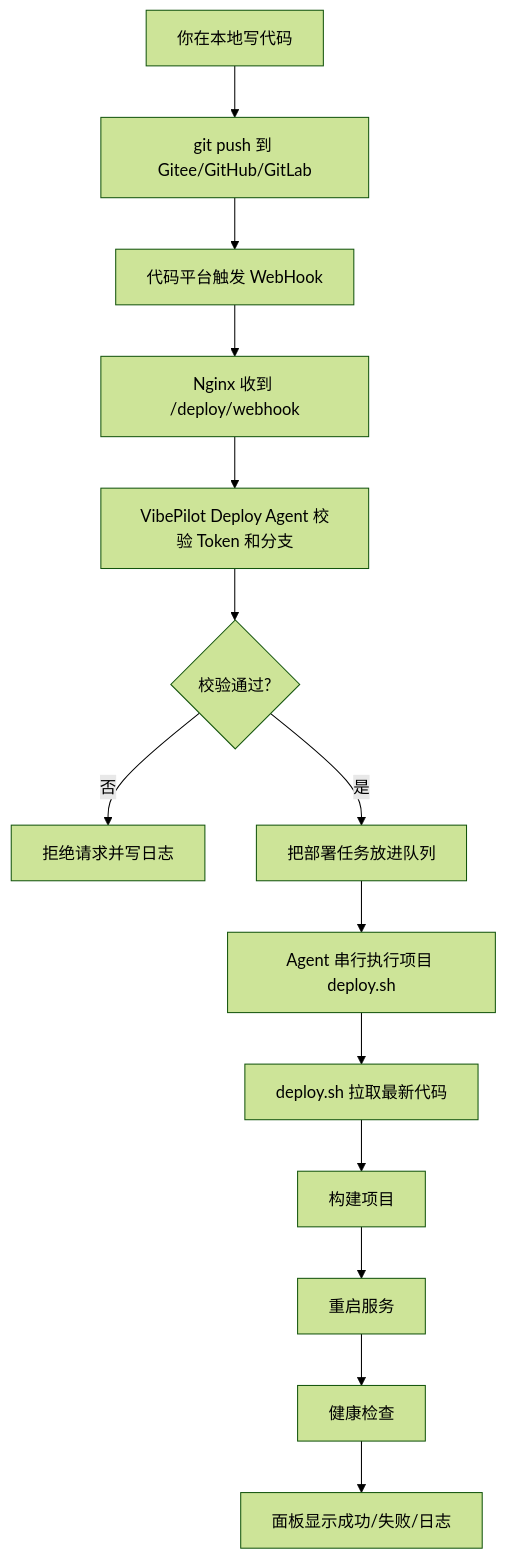
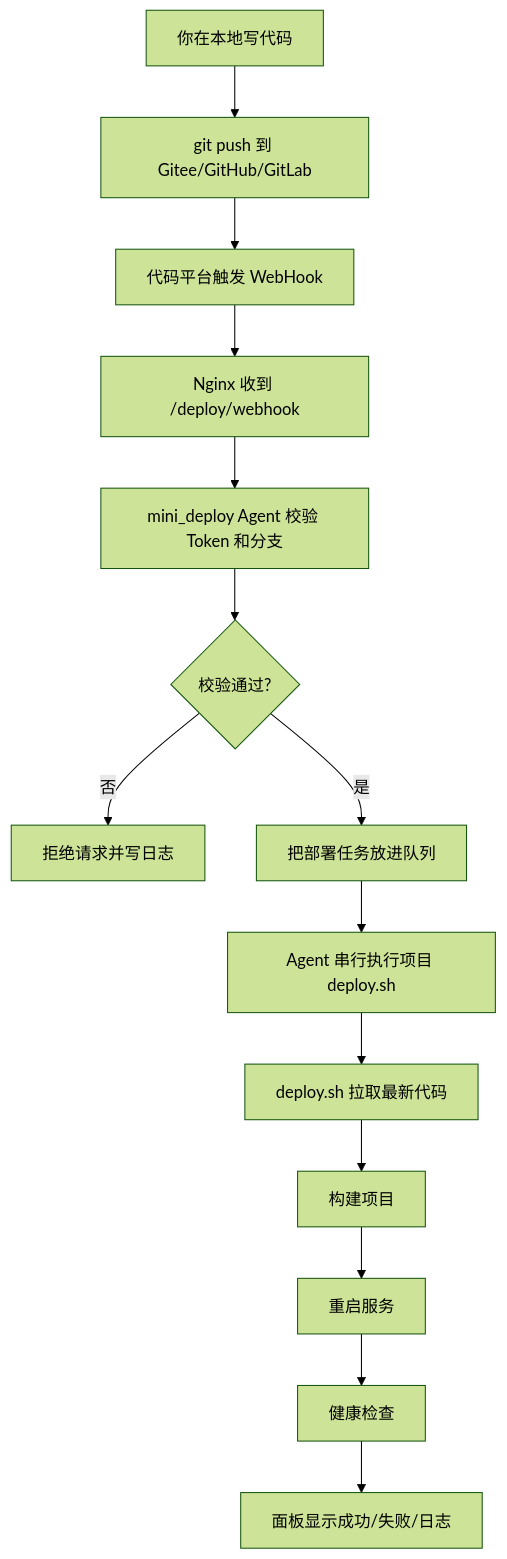
Before and after one commit to jokerXueC/mini_deploy: the first of 7 diagrams in docs/BEGINNER_DEPLOY_FLOW.zh-CN.md, drawn with Mermaid (forest theme). The commit also changed other lines of this file and 14 other files, not shown here.

Commit message:
rename project to mini_deploy

````diff
--- a/docs/BEGINNER_DEPLOY_FLOW.zh-CN.md
+++ b/docs/BEGINNER_DEPLOY_FLOW.zh-CN.md
@@ -23,16 +23,16 @@
 ```mermaid
 flowchart TD
     A[你在本地写代码] --> B[git push 到 Gitee/GitHub/GitLab]
     B --> C[代码平台触发 WebHook]
     C --> D[Nginx 收到 /deploy/webhook]
-    D --> E[VibePilot Deploy Agent 校验 Token 和分支]
+    D --> E[mini_deploy Agent 校验 Token 和分支]
     E --> F{校验通过?}
     F -- 否 --> G[拒绝请求并写日志]
     F -- 是 --> H[把部署任务放进队列]
     H --> I[Agent 串行执行项目 deploy.sh]
     I --> J[deploy.sh 拉取最新代码]
     J --> K[构建项目]
     K --> L[重启服务]
     L --> M[健康检查]
     M --> N[面板显示成功/失败/日志]
 ```
````
